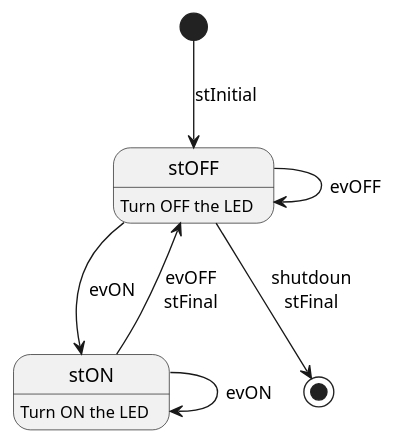
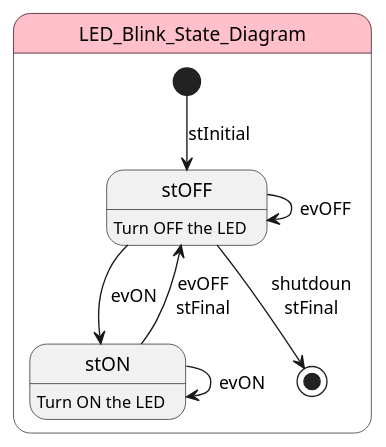
Before and after one commit to Pranau-R/ledBlink_fsm: the diagram in assets/ledBlink_fsm_SD.plantuml, drawn with PlantUML. The commit also changed 1 other file, not shown here.

```diff
--- a/assets/ledBlink_fsm_SD.plantuml
+++ b/assets/ledBlink_fsm_SD.plantuml
@@ -20,17 +20,19 @@
 @startuml
 
+state LED_Blink_State_Diagram #pink {
 [*] --> stOFF : stInitial
 
 state stOFF
 state stON
 
 stOFF --> stOFF : evOFF
 stOFF : Turn OFF the LED
 stOFF --> stON : evON
 stOFF --> [*] : shutdoun\nstFinal
 
 stON --> stON : evON
 stON : Turn ON the LED
 stON --> stOFF : evOFF\nstFinal
+}
 
 @enduml
```
